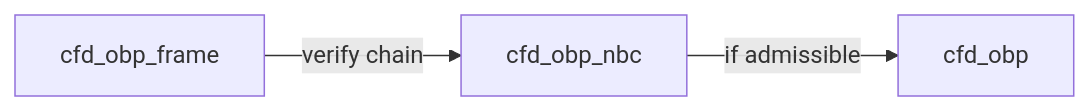
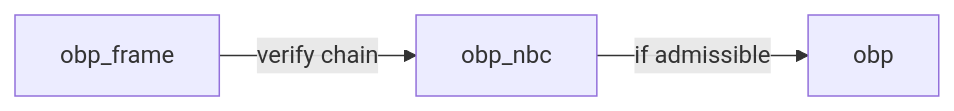
The first of 2 diagrams in packages/README.md (khoralabs/open-binding-protocol), drawn with Mermaid before and after one commit. The commit also changed other lines of this file and 8 other files, not shown here.

````diff
--- a/packages/README.md
+++ b/packages/README.md
@@ -9,8 +9,8 @@
 ```mermaid
 flowchart LR
-  frame[cfd_obp_frame]
-  nbc[cfd_obp_nbc]
-  obp[cfd_obp]
+  frame[obp_frame]
+  nbc[obp_nbc]
+  obp[obp]
   frame -->|"verify chain"| nbc
   nbc -->|"if admissible"| obp
 ```
````
